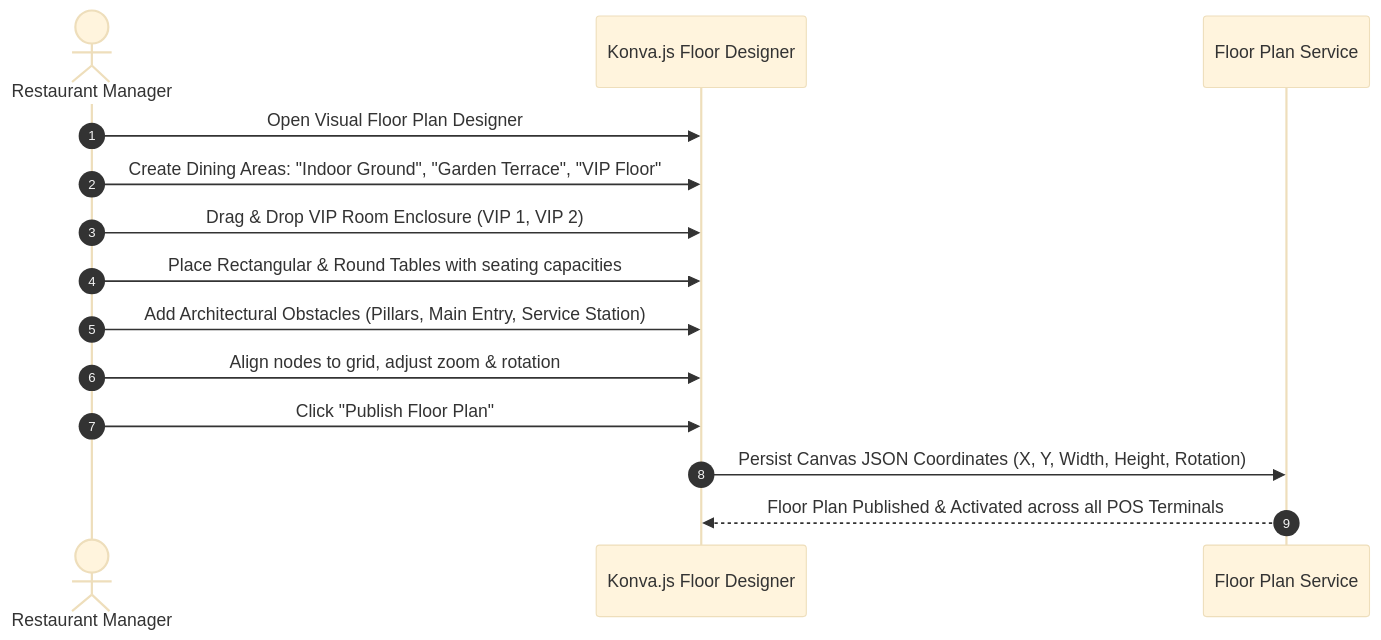
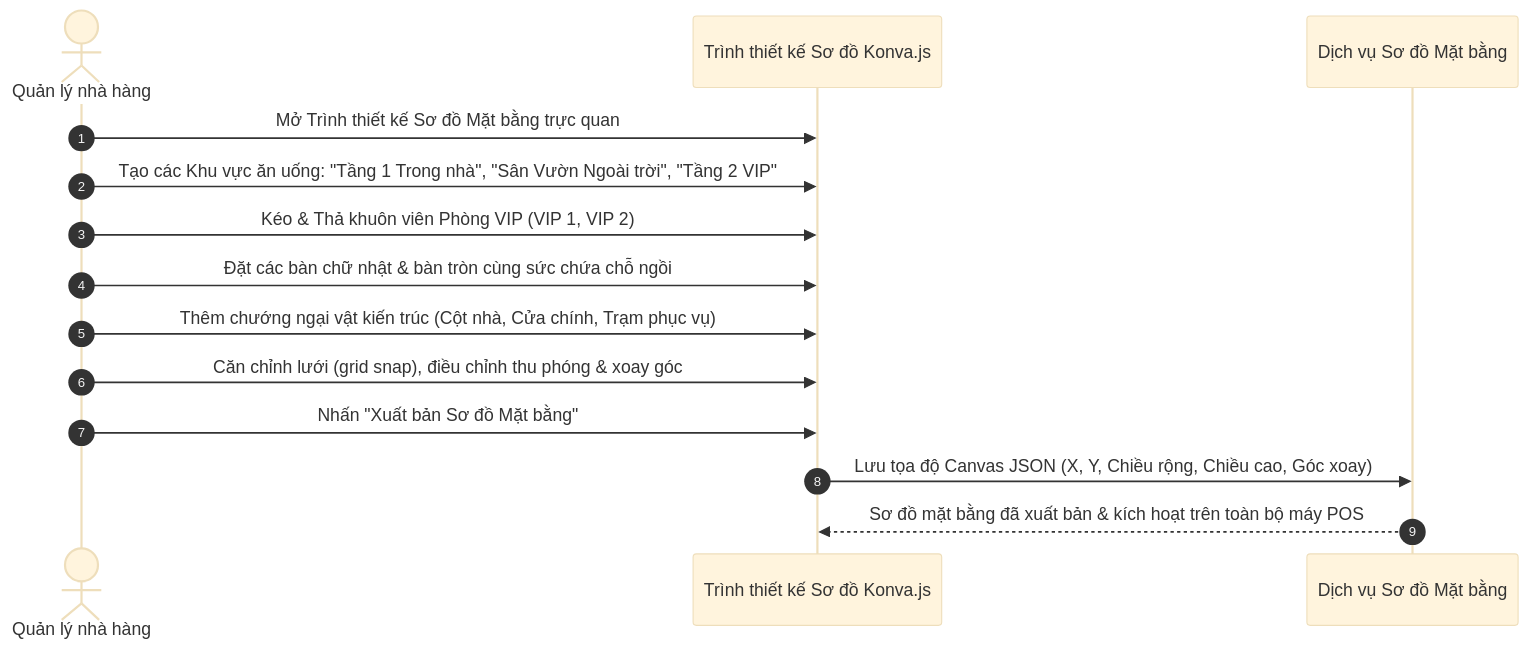
One commit to dieudoanhut2002/SmartRestaurant changed the second of 10 diagrams in docs/product/USER-JOURNEYS.md. Above: the diagram before and after it, drawn with Mermaid (base theme). The commit also changed other lines of this file and 40 other files, not shown here.

Commit message:
Điều chỉnh thống nhất nghiệp vụ, Việt hoá các file MD

````diff
--- a/docs/product/USER-JOURNEYS.md
+++ b/docs/product/USER-JOURNEYS.md
@@ -41,17 +41,17 @@
 ```mermaid
 sequenceDiagram
     autonumber
-    actor Mgr as Restaurant Manager
-    participant Canvas as Konva.js Floor Designer
-    participant Core as Floor Plan Service
+    actor Mgr as Quản lý nhà hàng
+    participant Canvas as Trình thiết kế Sơ đồ Konva.js
+    participant Core as Dịch vụ Sơ đồ Mặt bằng
 
-    Mgr->>Canvas: Open Visual Floor Plan Designer
-    Mgr->>Canvas: Create Dining Areas: "Indoor Ground", "Garden Terrace", "VIP Floor"
-    Mgr->>Canvas: Drag & Drop VIP Room Enclosure (VIP 1, VIP 2)
-    Mgr->>Canvas: Place Rectangular & Round Tables with seating capacities
-    Mgr->>Canvas: Add Architectural Obstacles (Pillars, Main Entry, Service Station)
-    Mgr->>Canvas: Align nodes to grid, adjust zoom & rotation
-    Mgr->>Canvas: Click "Publish Floor Plan"
-    Canvas->>Core: Persist Canvas JSON Coordinates (X, Y, Width, Height, Rotation)
-    Core-->>Canvas: Floor Plan Published & Activated across all POS Terminals
+    Mgr->>Canvas: Mở Trình thiết kế Sơ đồ Mặt bằng trực quan
+    Mgr->>Canvas: Tạo các Khu vực ăn uống: "Tầng 1 Trong nhà", "Sân Vườn Ngoài trời", "Tầng 2 VIP"
+    Mgr->>Canvas: Kéo & Thả khuôn viên Phòng VIP (VIP 1, VIP 2)
+    Mgr->>Canvas: Đặt các bàn chữ nhật & bàn tròn cùng sức chứa chỗ ngồi
+    Mgr->>Canvas: Thêm chướng ngại vật kiến trúc (Cột nhà, Cửa chính, Trạm phục vụ)
+    Mgr->>Canvas: Căn chỉnh lưới (grid snap), điều chỉnh thu phóng & xoay góc
+    Mgr->>Canvas: Nhấn "Xuất bản Sơ đồ Mặt bằng"
+    Canvas->>Core: Lưu tọa độ Canvas JSON (X, Y, Chiều rộng, Chiều cao, Góc xoay)
+    Core-->>Canvas: Sơ đồ mặt bằng đã xuất bản & kích hoạt trên toàn bộ máy POS
 ```
````
